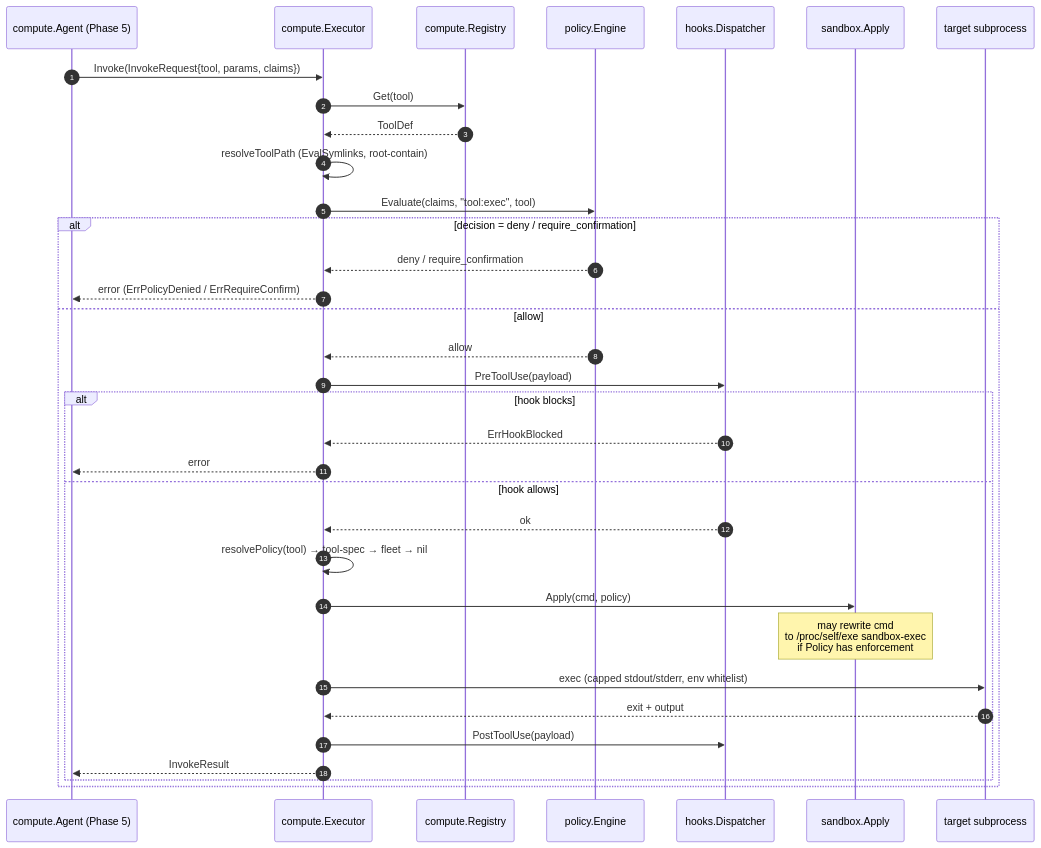
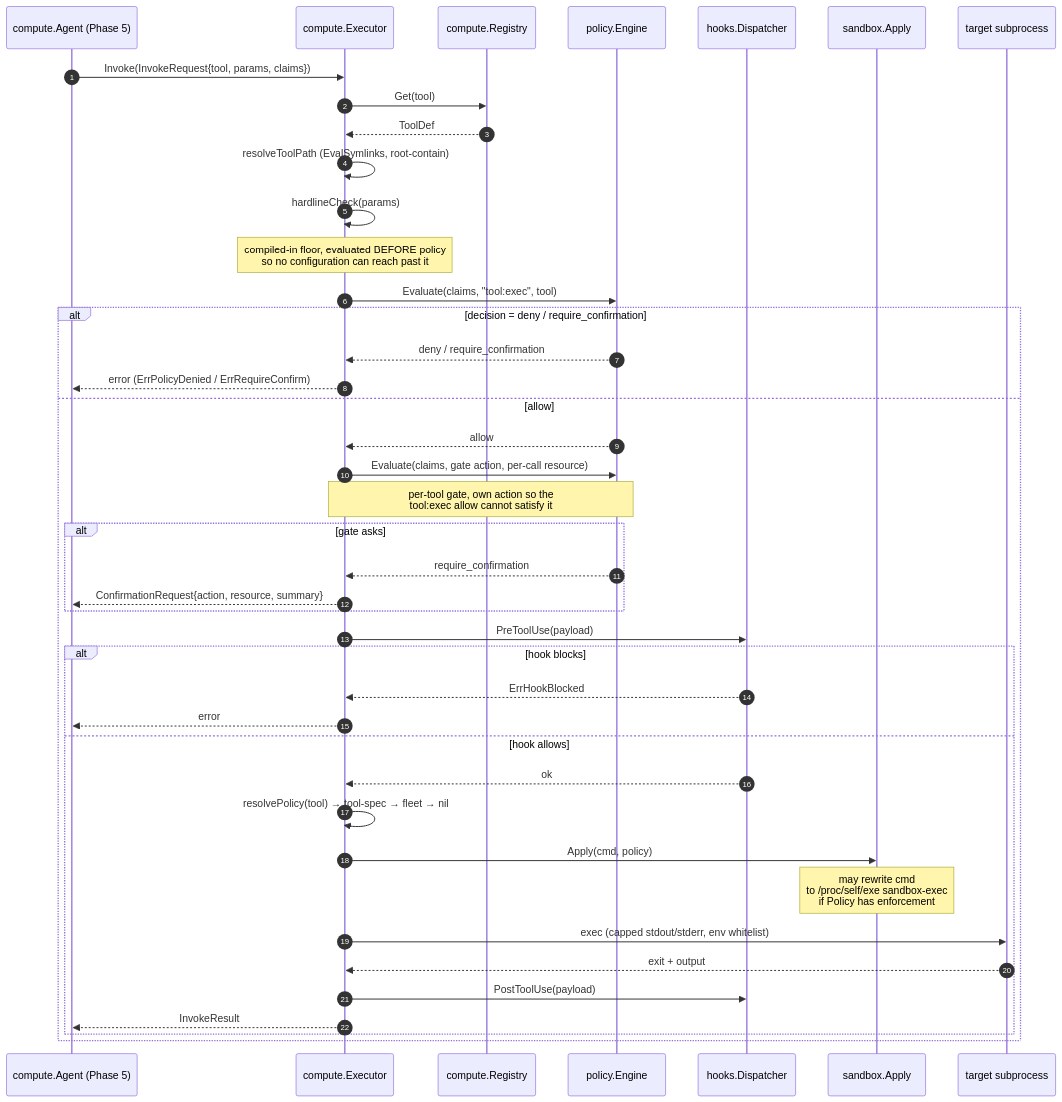
The third of 9 diagrams in docs/dev/ARCHITECTURE.md (Sheardo/lobslaw), drawn with Mermaid before and after one commit. The commit also changed 30 other files, not shown here.

````diff
--- a/docs/dev/ARCHITECTURE.md
+++ b/docs/dev/ARCHITECTURE.md
@@ -163,37 +163,45 @@
 ```mermaid
 sequenceDiagram
   autonumber
   participant Agent as compute.Agent (Phase 5)
   participant Exec as compute.Executor
   participant Reg as compute.Registry
   participant Pol as policy.Engine
   participant Hook as hooks.Dispatcher
   participant SB as sandbox.Apply
   participant Tool as target subprocess
 
   Agent->>Exec: Invoke(InvokeRequest{tool, params, claims})
   Exec->>Reg: Get(tool)
   Reg-->>Exec: ToolDef
   Exec->>Exec: resolveToolPath (EvalSymlinks, root-contain)
+  Exec->>Exec: hardlineCheck(params)
+  Note over Exec: compiled-in floor, evaluated BEFORE policy<br/>so no configuration can reach past it
   Exec->>Pol: Evaluate(claims, "tool:exec", tool)
   alt decision = deny / require_confirmation
     Pol-->>Exec: deny / require_confirmation
     Exec-->>Agent: error (ErrPolicyDenied / ErrRequireConfirm)
   else allow
     Pol-->>Exec: allow
+    Exec->>Pol: Evaluate(claims, gate action, per-call resource)
+    Note over Exec,Pol: per-tool gate, own action so the<br/>tool:exec allow cannot satisfy it
+    alt gate asks
+      Pol-->>Exec: require_confirmation
+      Exec-->>Agent: ConfirmationRequest{action, resource, summary}
+    end
     Exec->>Hook: PreToolUse(payload)
     alt hook blocks
       Hook-->>Exec: ErrHookBlocked
       Exec-->>Agent: error
     else hook allows
       Hook-->>Exec: ok
       Exec->>Exec: resolvePolicy(tool) → tool-spec → fleet → nil
       Exec->>SB: Apply(cmd, policy)
       Note over SB: may rewrite cmd<br/>to /proc/self/exe sandbox-exec<br/>if Policy has enforcement
       Exec->>Tool: exec (capped stdout/stderr, env whitelist)
       Tool-->>Exec: exit + output
       Exec->>Hook: PostToolUse(payload)
       Exec-->>Agent: InvokeResult
     end
   end
 ```
````
